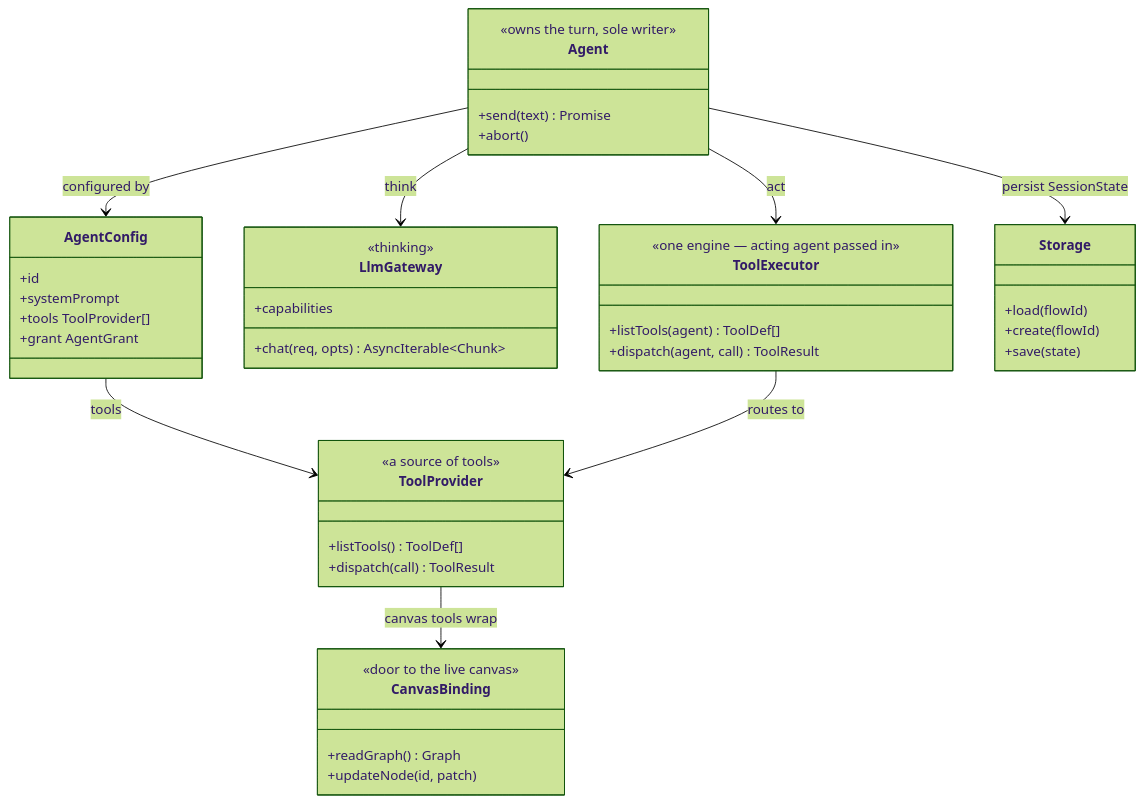
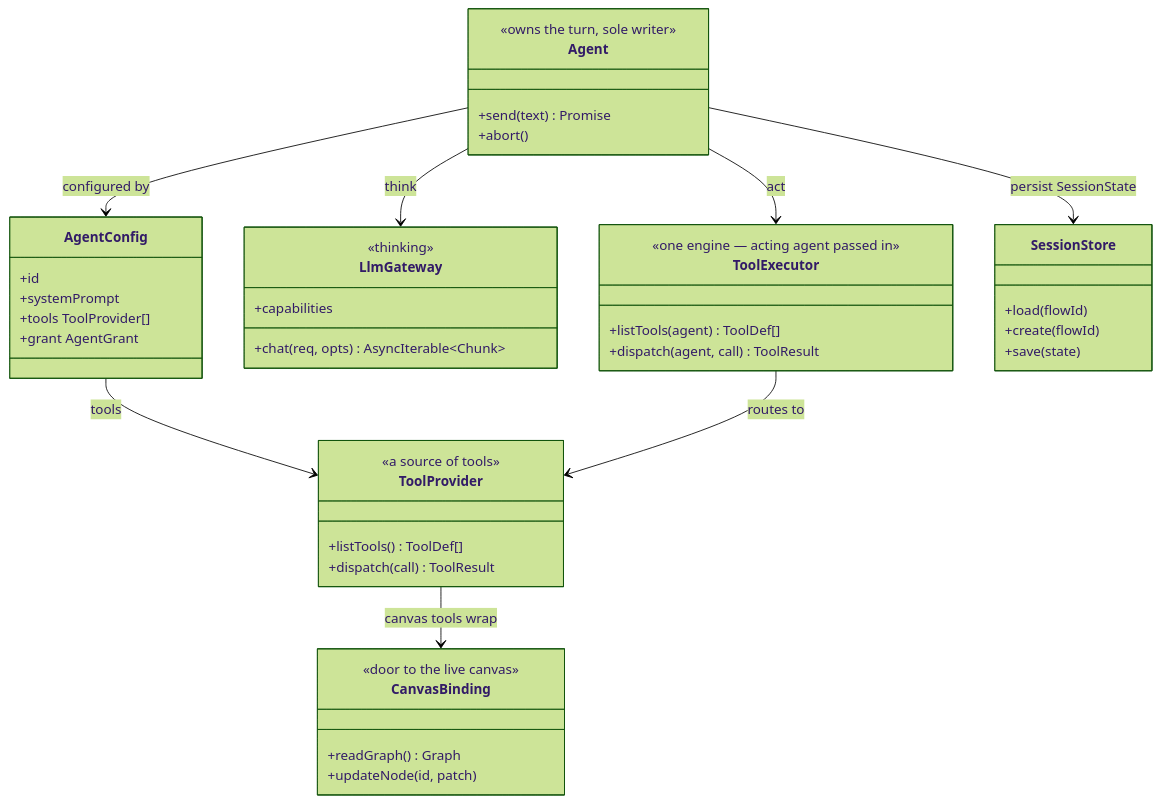
Before and after one commit to lemoncloud-io/eureka-flow: the second of 3 diagrams in docs/browser-agent/design/architecture.md, drawn with Mermaid (forest theme). The commit also changed other lines of this file and 4 other files, not shown here.

First line of the commit message:
docs(agent): reconcile browser-agent docs with the store-sourced code

````diff
--- a/docs/browser-agent/design/architecture.md
+++ b/docs/browser-agent/design/architecture.md
@@ -61,46 +61,46 @@
 ```mermaid
 classDiagram
     class Agent {
         <<owns the turn, sole writer>>
         +send(text) Promise
         +abort()
     }
     class AgentConfig {
         +id
         +systemPrompt
         +tools ToolProvider[]
         +grant AgentGrant
     }
     class LlmGateway {
         <<thinking>>
         +capabilities
         +chat(req, opts) AsyncIterable~Chunk~
     }
     class ToolExecutor {
         <<one engine — acting agent passed in>>
         +listTools(agent) ToolDef[]
         +dispatch(agent, call) ToolResult
     }
     class ToolProvider {
         <<a source of tools>>
         +listTools() ToolDef[]
         +dispatch(call) ToolResult
     }
     class CanvasBinding {
         <<door to the live canvas>>
         +readGraph() Graph
         +updateNode(id, patch)
     }
-    class Storage {
+    class SessionStore {
         +load(flowId)
         +create(flowId)
         +save(state)
     }
     Agent --> AgentConfig : configured by
     Agent --> LlmGateway : think
     Agent --> ToolExecutor : act
-    Agent --> Storage : persist SessionState
+    Agent --> SessionStore : persist SessionState
     AgentConfig --> ToolProvider : tools
     ToolExecutor --> ToolProvider : routes to
     ToolProvider --> CanvasBinding : canvas tools wrap
 ```
````
